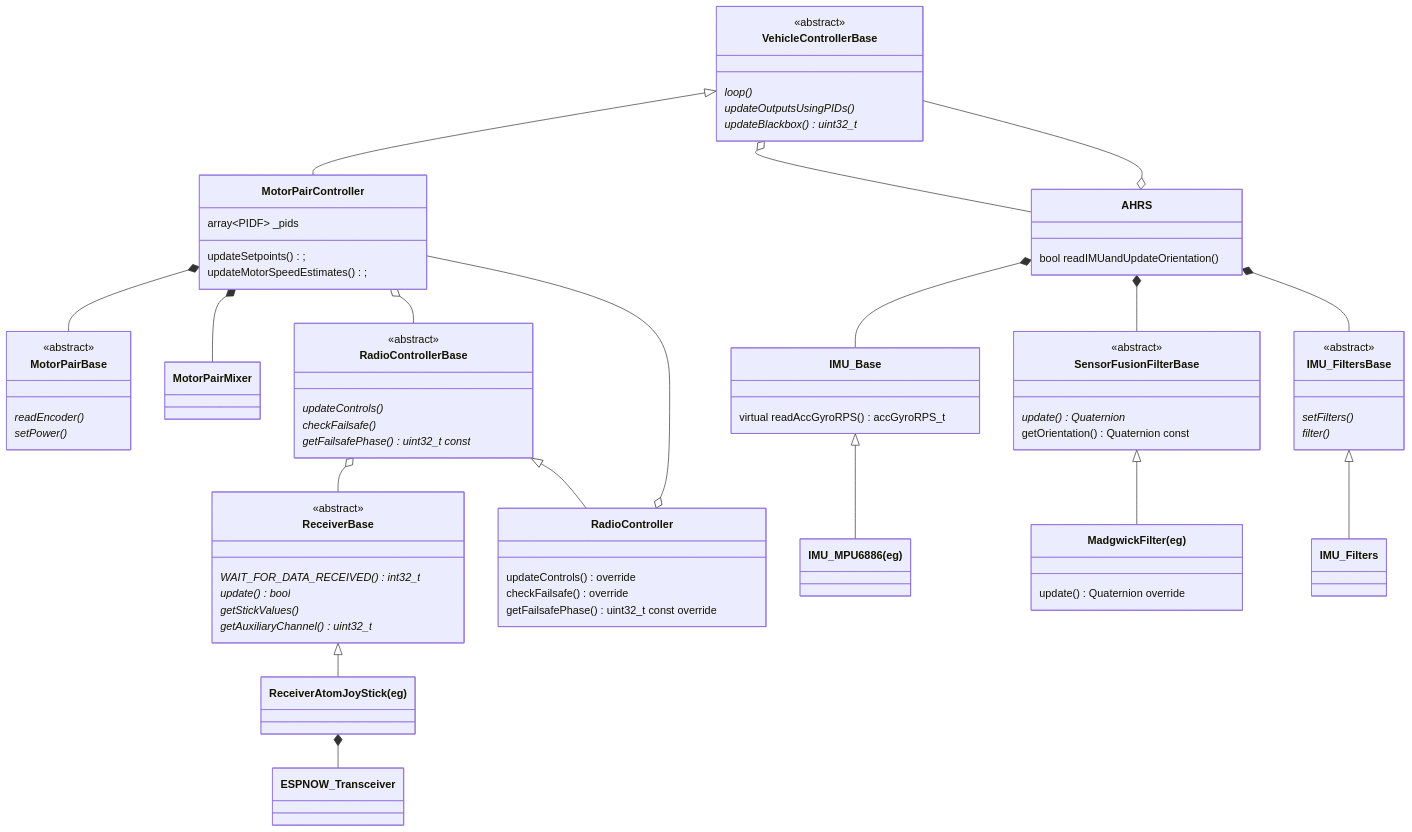
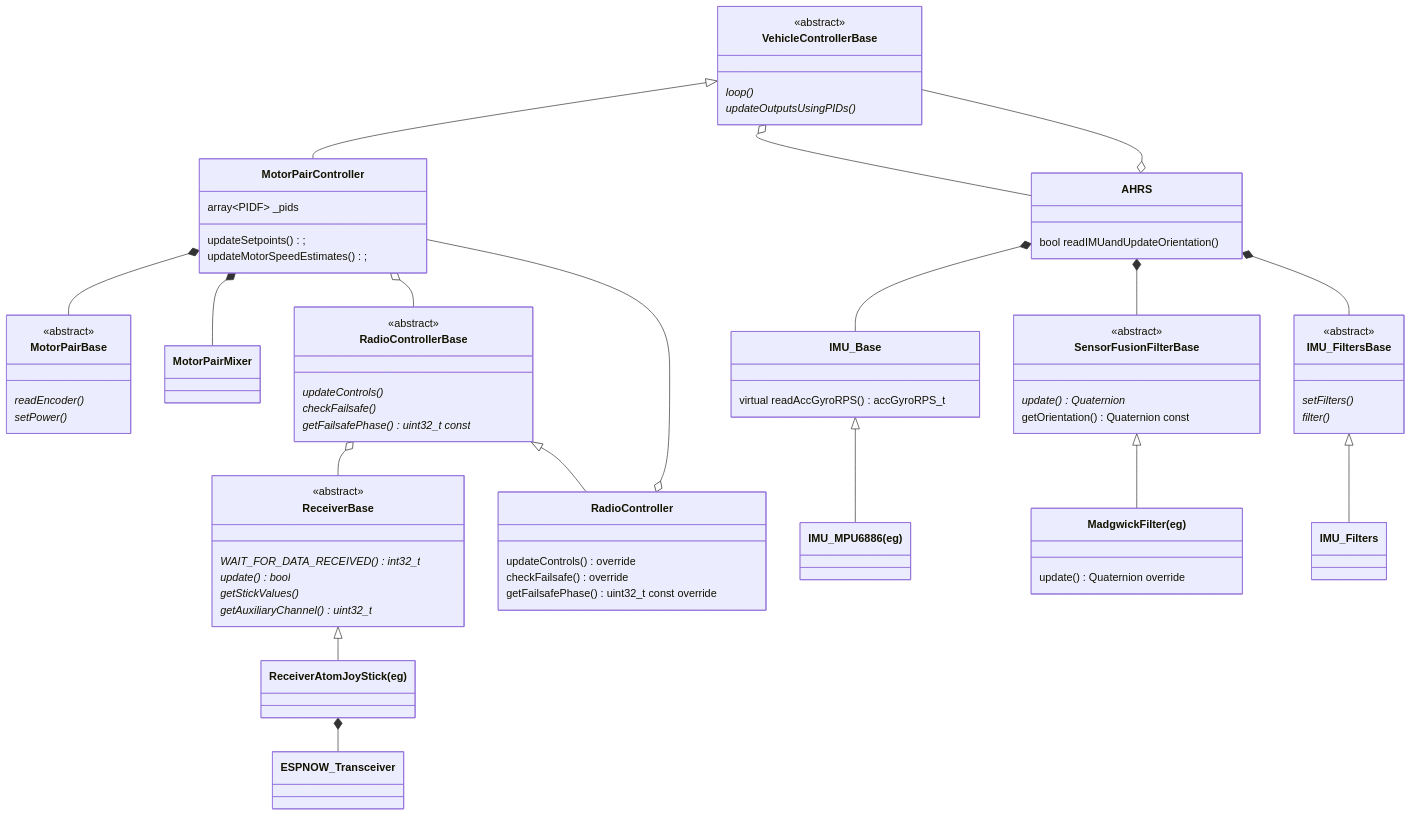
Before and after one commit to martinbudden/SelfBalancingRobot: the first of 2 diagrams in README.md, drawn with Mermaid. The commit also changed other lines of this file and 6 other files, not shown here.

```diff
--- a/README.md
+++ b/README.md
@@ -81,7 +81,6 @@
         <<abstract>>
         loop() *
         updateOutputsUsingPIDs() *
-        updateBlackbox() uint32_t  *
     }
     VehicleControllerBase <|-- MotorPairController
     class MotorPairController {
```
